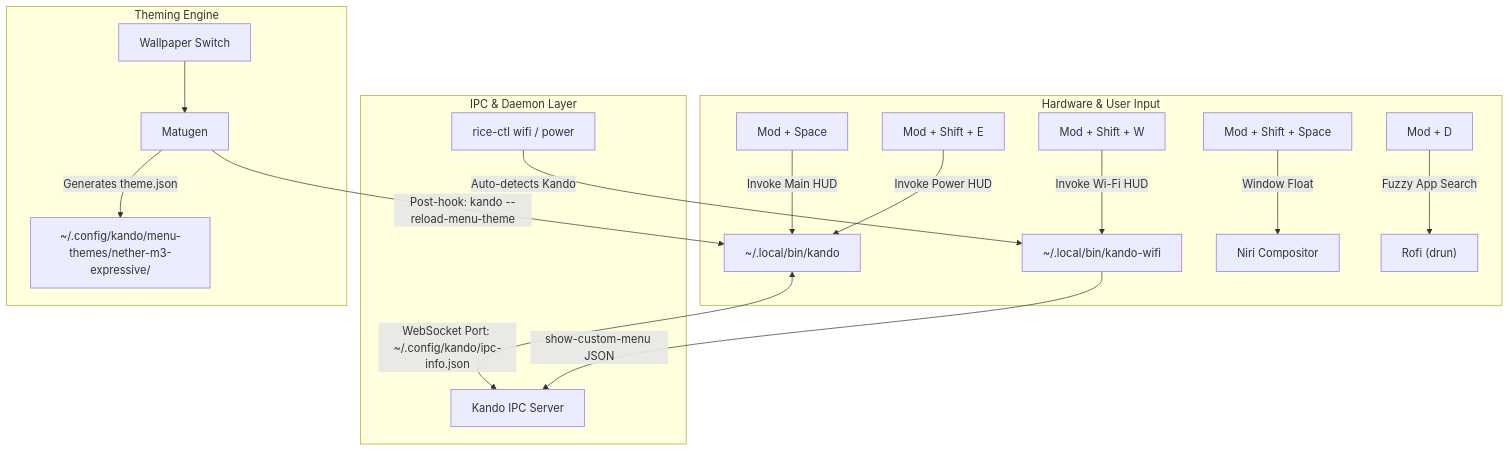
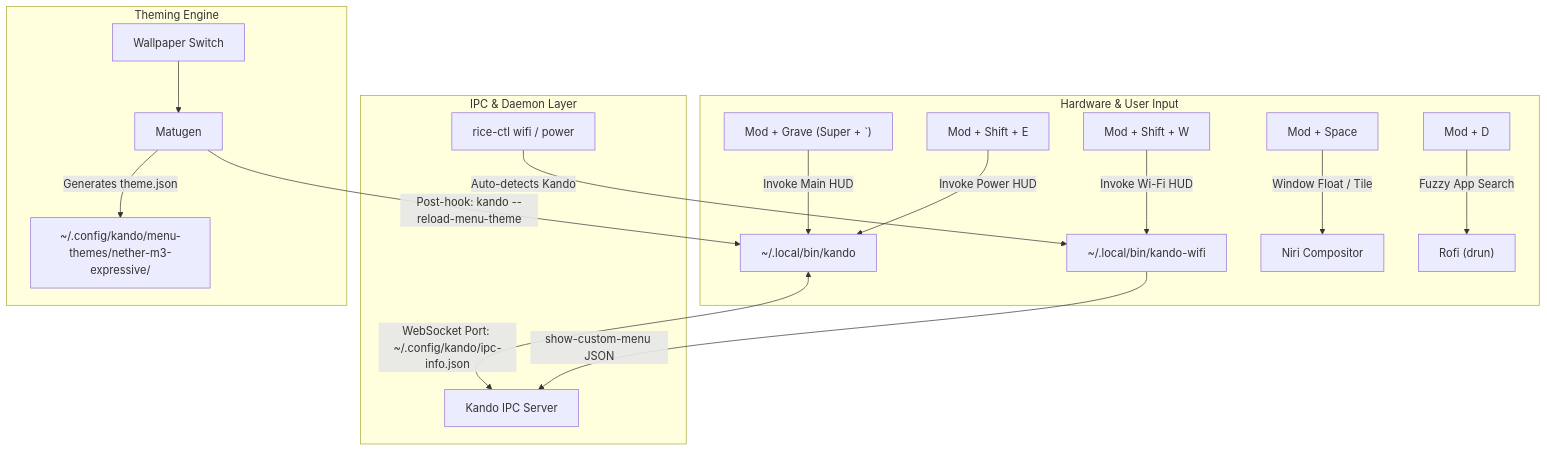
Before and after one commit to imyash0722/niri-rice: the diagram in KANDO_GUIDE.md, drawn with Mermaid. The commit also changed other lines of this file and 1 other file, not shown here.

Commit message:
fix(niri): restore Mod+Space tiling toggle, rebind Kando to Mod+Grave, fix PATH

````diff
--- a/KANDO_GUIDE.md
+++ b/KANDO_GUIDE.md
@@ -27,22 +27,22 @@
 ```mermaid
 flowchart TD
     subgraph "Hardware & User Input"
-        K_MAIN["Mod + Space"] -->|Invoke Main HUD| KANDO_BIN["~/.local/bin/kando"]
+        K_MAIN["Mod + Grave (Super + `)"] -->|Invoke Main HUD| KANDO_BIN["~/.local/bin/kando"]
         K_WIFI["Mod + Shift + W"] -->|Invoke Wi-Fi HUD| WIFI_BIN["~/.local/bin/kando-wifi"]
         K_POW["Mod + Shift + E"] -->|Invoke Power HUD| KANDO_BIN
-        K_FLOAT["Mod + Shift + Space"] -->|Window Float| NIRI["Niri Compositor"]
+        K_FLOAT["Mod + Space"] -->|Window Float / Tile| NIRI["Niri Compositor"]
         R_DRUN["Mod + D"] -->|Fuzzy App Search| ROFI["Rofi (drun)"]
     end
 
     subgraph "IPC & Daemon Layer"
         KANDO_BIN <-->|WebSocket Port: ~/.config/kando/ipc-info.json| WS_SRV["Kando IPC Server"]
         WIFI_BIN -->|show-custom-menu JSON| WS_SRV
         RICE_CTL["rice-ctl wifi / power"] -->|Auto-detects Kando| WIFI_BIN
     end
 
     subgraph "Theming Engine"
         WALL["Wallpaper Switch"] --> MATUGEN["Matugen"]
         MATUGEN -->|Generates theme.json| M3_THEME["~/.config/kando/menu-themes/nether-m3-expressive/"]
         MATUGEN -->|Post-hook: kando --reload-menu-theme| KANDO_BIN
     end
 ```
````
